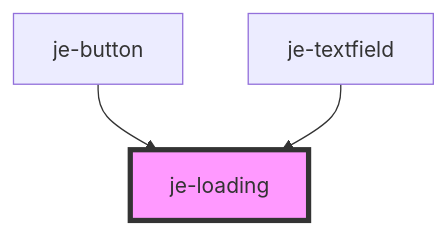
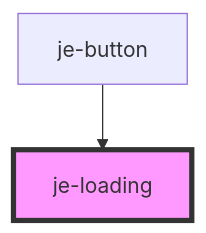
The diagram in packages/core/src/docs/components/je-loading/readme.md (pgreen00/jebamo), drawn with Mermaid before and after one commit. The commit also changed other lines of this file and 32 other files, not shown here.

````diff
--- a/packages/core/src/docs/components/je-loading/readme.md
+++ b/packages/core/src/docs/components/je-loading/readme.md
@@ -16,6 +15,5 @@
 ```mermaid
 graph TD;
   je-button --> je-loading
-  je-textfield --> je-loading
   style je-loading fill:#f9f,stroke:#333,stroke-width:4px
 ```
````
